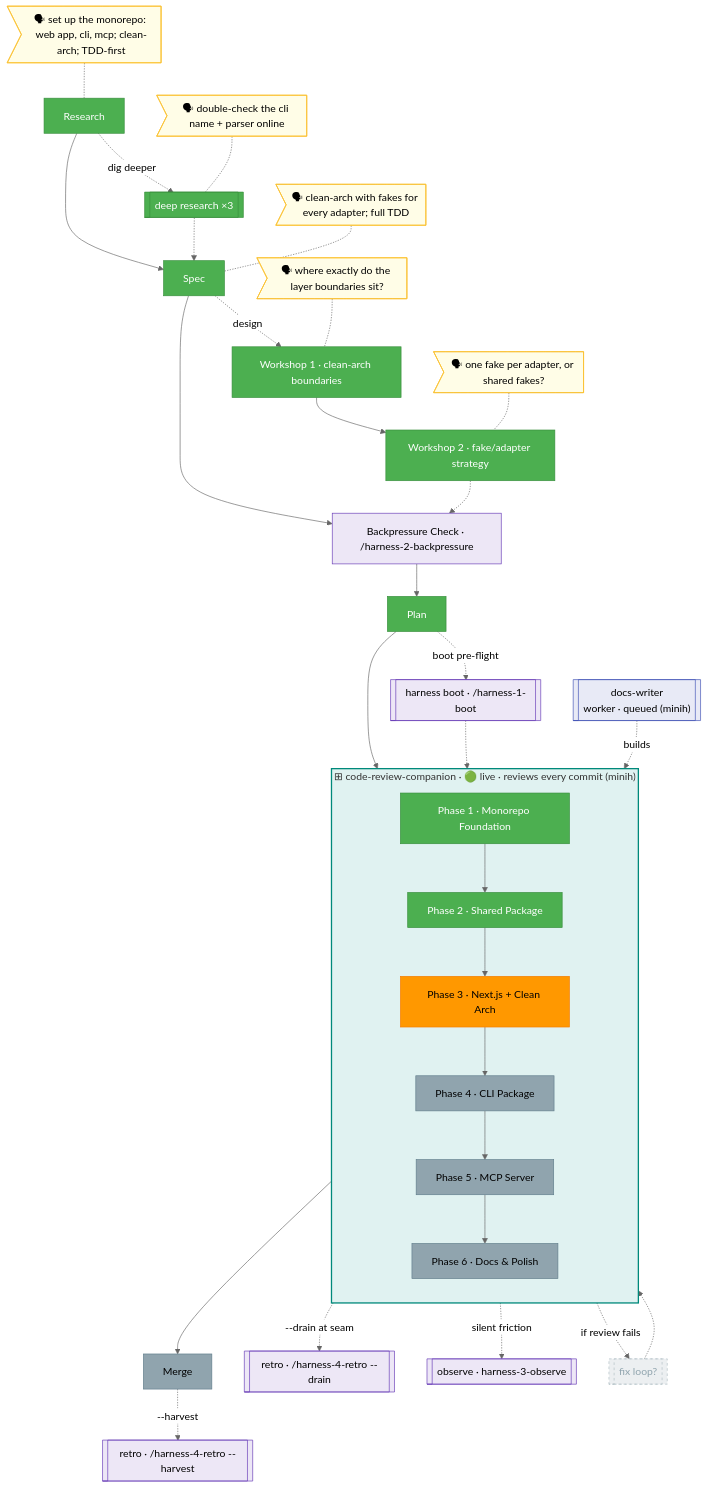
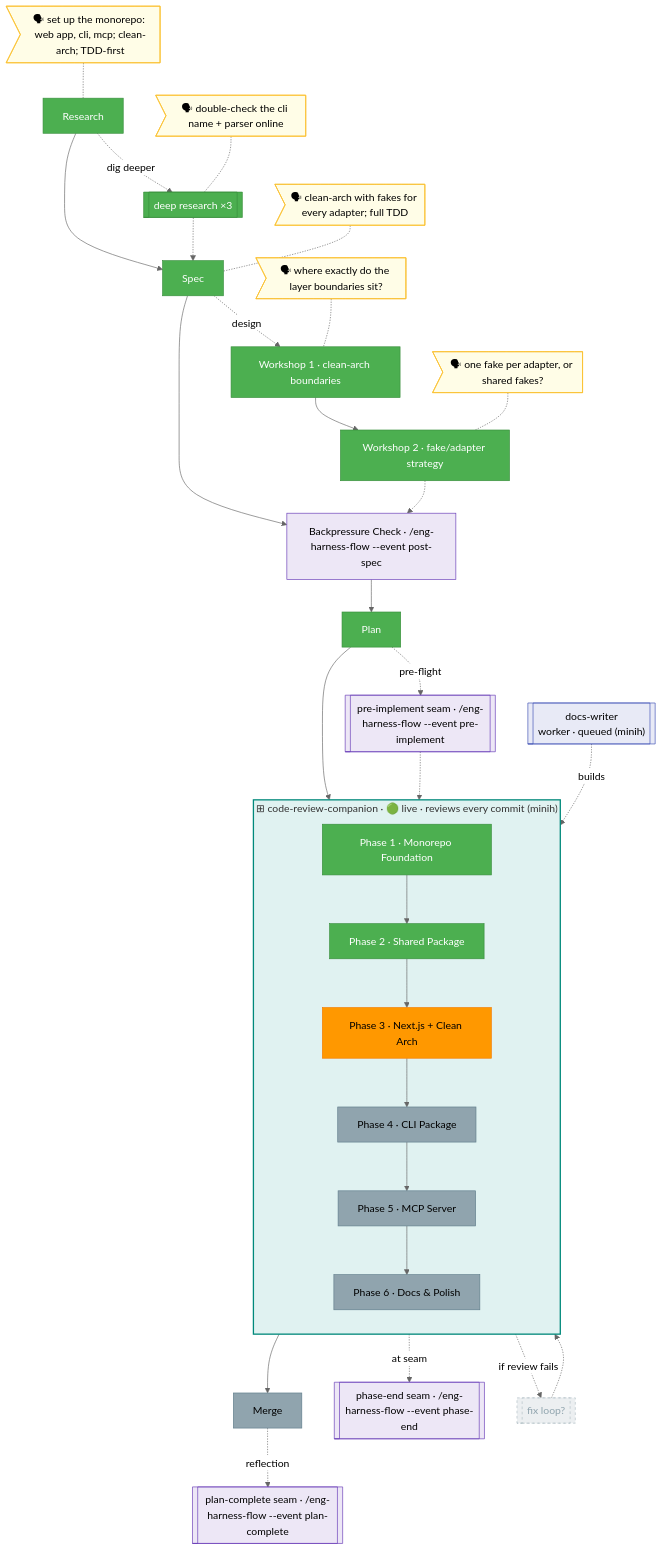
One commit to jakkaj/tools changed the diagram in skills/SDD/the-flow/references/flight-plan.template.md. Above: the diagram before and after it, drawn with Mermaid (neutral theme). The commit also changed other lines of this file and 44 other files, not shown here.

````diff
--- a/skills/SDD/the-flow/references/flight-plan.template.md
+++ b/skills/SDD/the-flow/references/flight-plan.template.md
@@ -9,60 +9,59 @@
 ```mermaid
 flowchart TD
     classDef done    fill:#4CAF50,stroke:#388E3C,color:#fff
     classDef wip     fill:#FF9800,stroke:#F57C00,color:#000
     classDef blocked fill:#F44336,stroke:#D32F2F,color:#fff
     classDef known   fill:#90A4AE,stroke:#607D8B,color:#000
     classDef assumed fill:#ECEFF1,stroke:#B0BEC5,color:#90A4AE,stroke-dasharray:4 4
     classDef said    fill:#FFFDE7,stroke:#FBC02D,color:#000
     classDef companion fill:#E0F2F1,stroke:#00897B,color:#000
     classDef worker  fill:#E8EAF6,stroke:#3F51B5,color:#000
     classDef harness fill:#EDE7F6,stroke:#673AB7,color:#000
 
-    %% ── spine (vertical); Backpressure Check sits between Spec and Plan; companion WRAPS the build phases ──
-    R[Research]:::done --> S[Spec]:::done --> BP[Backpressure Check · /harness-2-backpressure]:::harness --> PL[Plan]:::done
+    %% ── spine (vertical); the post-spec seam (Backpressure Check) sits between Spec and Plan; companion WRAPS the build phases ──
+    R[Research]:::done --> S[Spec]:::done --> BP["Backpressure Check · /eng-harness-flow --event post-spec"]:::harness --> PL[Plan]:::done
 
     subgraph CRC["⊞ code-review-companion · 🟢 live · reviews every commit (minih)"]
         direction TB
         P1[Phase 1 · Monorepo Foundation]:::done --> P2[Phase 2 · Shared Package]:::done
         P2 --> P3[Phase 3 · Next.js + Clean Arch]:::wip --> P4[Phase 4 · CLI Package]:::known
         P4 --> P5[Phase 5 · MCP Server]:::known --> P6[Phase 6 · Docs & Polish]:::known
     end
     style CRC fill:#E0F2F1,stroke:#00897B,stroke-width:2px
 
     PL --> P1
     P6 --> M[Merge]:::known
 
     %% ── excursions: deep-research + each workshop as its own node ──
     R -.->|dig deeper| DR[["deep research ×3"]]:::done
     DR -.-> S
     S -.->|design| W1[Workshop 1 · clean-arch boundaries]:::done
     W1 --> W2[Workshop 2 · fake/adapter strategy]:::done
     W2 -.-> BP
 
-    %% ── harness loop nodes (first-class; shown because this repo HAS a harness — omit all if no harness / .disabled) ──
-    PL -.->|boot pre-flight| HB[["harness boot · /harness-1-boot"]]:::harness
+    %% ── harness seam nodes (first-class; shown because the router IS installed — omit all when the Layer-1 probe misses) ──
+    PL -.->|pre-flight| HB[["pre-implement seam · /eng-harness-flow --event pre-implement"]]:::harness
     HB -.-> P1
-    P2 -.->|--drain at seam| HR[["retro · /harness-4-retro --drain"]]:::harness
-    P3 -.->|silent friction| HO[["observe · harness-3-observe"]]:::harness
-    M -.->|--harvest| HH[["retro · /harness-4-retro --harvest"]]:::harness
+    P2 -.->|at seam| HR[["phase-end seam · /eng-harness-flow --event phase-end"]]:::harness
+    M -.->|reflection| HH[["plan-complete seam · /eng-harness-flow --event plan-complete"]]:::harness
 
     %% ── assumed conditional ──
     P3 -.->|if review fails| FX[["fix loop?"]]:::assumed
     FX -.-> P4
 
     %% ── verbatim user-said bubbles (no detail hidden) ──
     UR>"🗣 set up the monorepo: web app, cli, mcp; clean-arch; TDD-first"]:::said
     UR -.- R
     UDR>"🗣 double-check the cli name + parser online"]:::said
     UDR -.- DR
     US>"🗣 clean-arch with fakes for every adapter; full TDD"]:::said
     US -.- S
     U1>"🗣 where exactly do the layer boundaries sit?"]:::said
     U1 -.- W1
     U2>"🗣 one fake per adapter, or shared fakes?"]:::said
     U2 -.- W2
 
     %% ── parallel agents (minih): companion WRAPS the phases (subgraph above); workers build a phase ──
     DOCW[["docs-writer<br/>worker · queued (minih)"]]:::worker
     DOCW -. builds .-> P6
 ```
````
